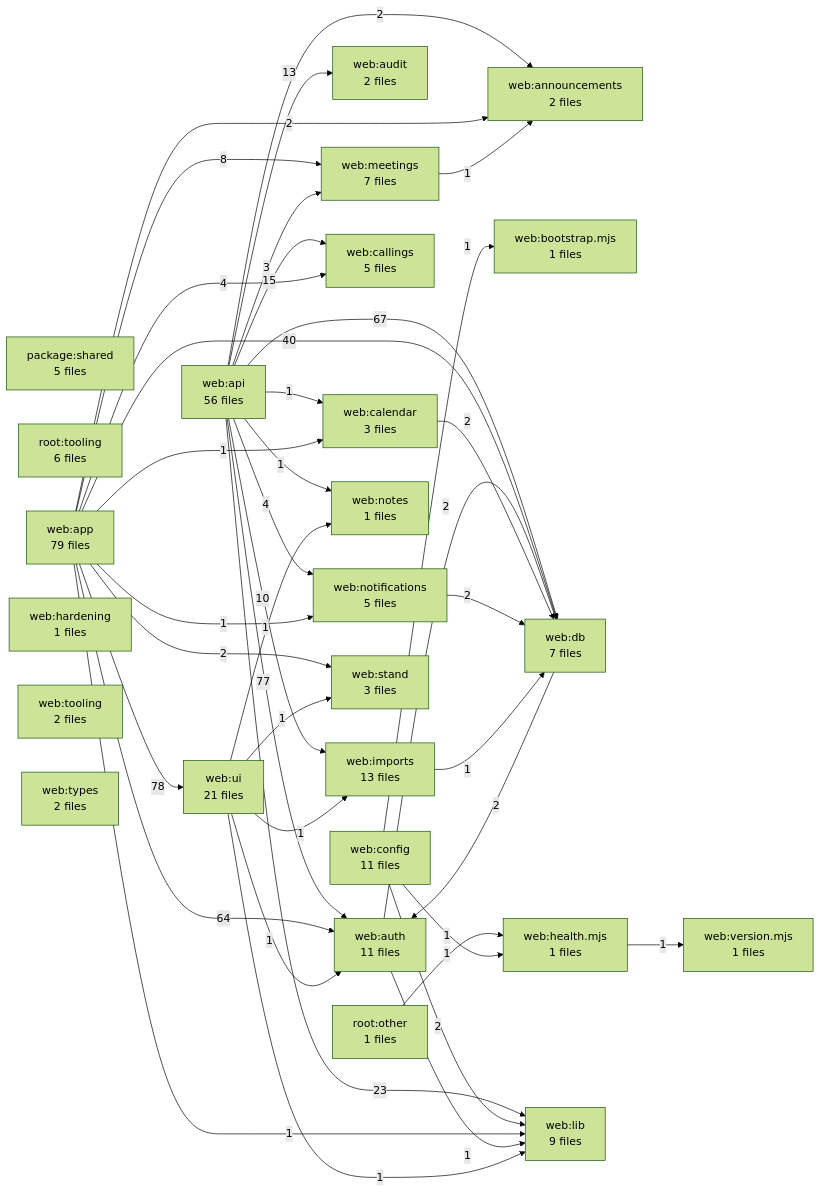
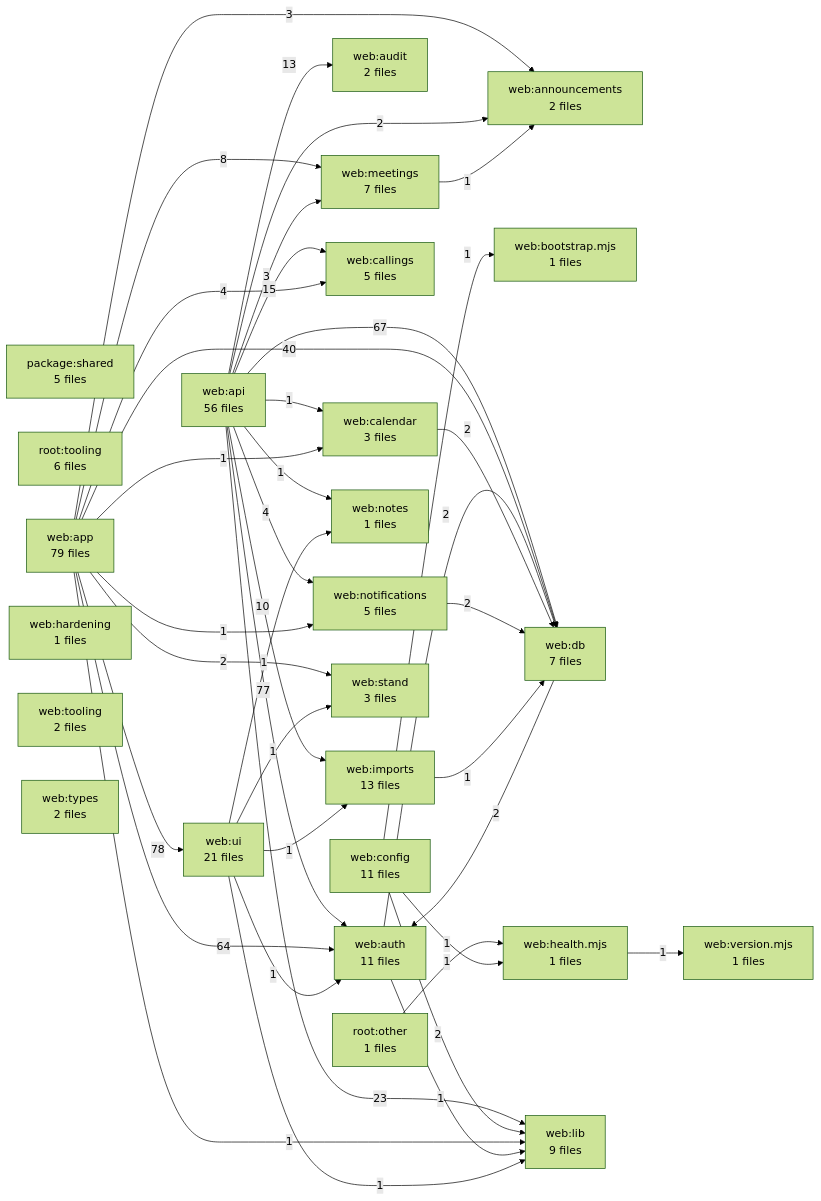
The diagram in docs/DEPENDENCY_GRAPH.md (kalebhall/the-stand), drawn with Mermaid (forest theme) before and after one commit. The commit also changed other lines of this file and 2 other files, not shown here.

````diff
--- a/docs/DEPENDENCY_GRAPH.md
+++ b/docs/DEPENDENCY_GRAPH.md
@@ -11,66 +11,66 @@
 ```mermaid
 flowchart LR
   A1["package:shared<br/>5 files"]
   A2["root:other<br/>1 files"]
   A3["root:tooling<br/>6 files"]
   A4["web:announcements<br/>2 files"]
   A5["web:api<br/>56 files"]
   A6["web:app<br/>79 files"]
   A7["web:audit<br/>2 files"]
   A8["web:auth<br/>11 files"]
   A9["web:bootstrap.mjs<br/>1 files"]
   A10["web:calendar<br/>3 files"]
   A11["web:callings<br/>5 files"]
   A12["web:config<br/>11 files"]
   A13["web:db<br/>7 files"]
   A14["web:hardening<br/>1 files"]
   A15["web:health.mjs<br/>1 files"]
   A16["web:imports<br/>13 files"]
   A17["web:lib<br/>9 files"]
   A18["web:meetings<br/>7 files"]
   A19["web:notes<br/>1 files"]
   A20["web:notifications<br/>5 files"]
   A21["web:stand<br/>3 files"]
   A22["web:tooling<br/>2 files"]
   A23["web:types<br/>2 files"]
   A24["web:ui<br/>21 files"]
   A25["web:version.mjs<br/>1 files"]
   A6 -->|78| A24
   A5 -->|77| A8
   A5 -->|67| A13
   A6 -->|64| A8
   A6 -->|40| A13
   A5 -->|23| A17
   A5 -->|15| A11
   A5 -->|13| A7
   A5 -->|10| A16
   A6 -->|8| A18
   A5 -->|4| A20
   A6 -->|4| A11
   A5 -->|3| A18
+  A6 -->|3| A4
   A5 -->|2| A4
-  A6 -->|2| A4
   A6 -->|2| A21
   A8 -->|2| A13
   A10 -->|2| A13
   A12 -->|2| A17
   A13 -->|2| A8
   A20 -->|2| A13
   A2 -->|1| A15
   A5 -->|1| A10
   A5 -->|1| A19
   A6 -->|1| A10
   A6 -->|1| A17
   A6 -->|1| A20
   A8 -->|1| A17
   A12 -->|1| A9
   A12 -->|1| A15
   A15 -->|1| A25
   A16 -->|1| A13
   A18 -->|1| A4
   A24 -->|1| A8
   A24 -->|1| A16
   A24 -->|1| A17
   A24 -->|1| A19
   A24 -->|1| A21
 ```
````
